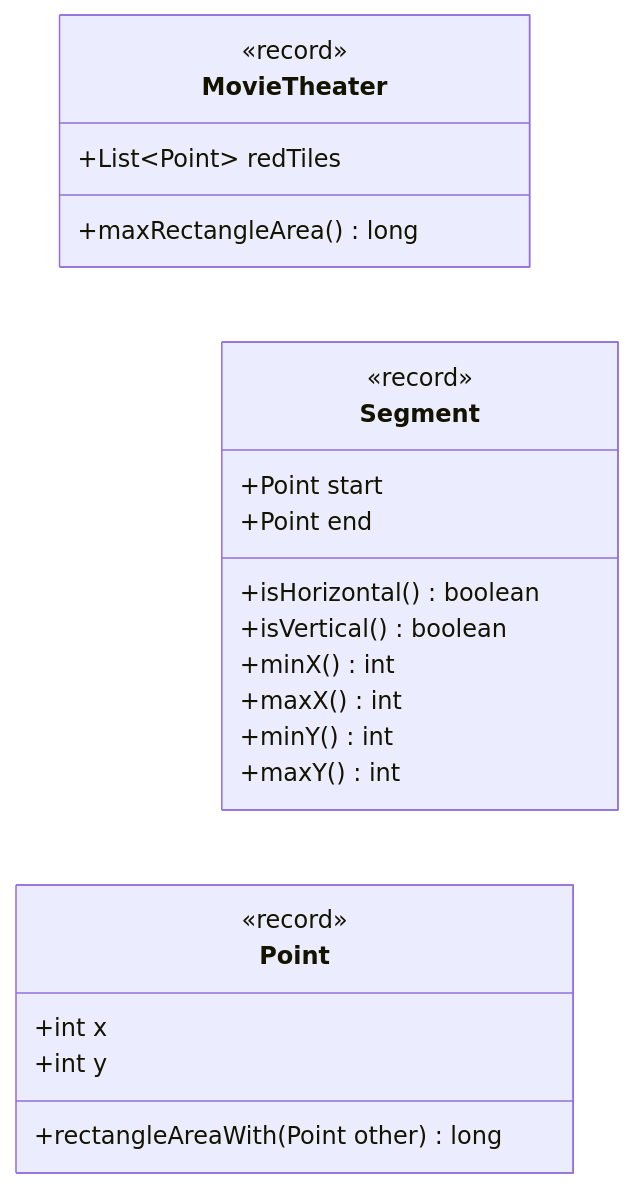
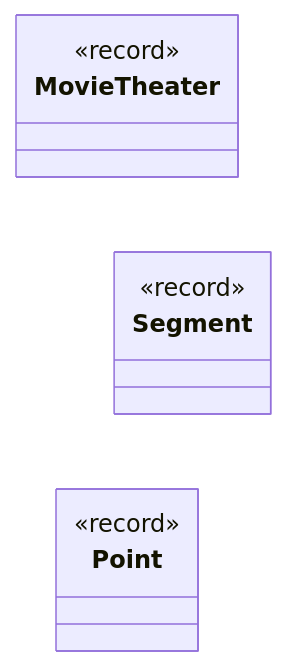
One commit to lauraheerrera/aoc2025 changed the diagram in UML diagrams/uml_day09b.md. Above: the diagram before and after it, drawn with Mermaid. The commit also changed 76 other files, not shown here.

````diff
--- a/UML diagrams/uml_day09b.md
+++ b/UML diagrams/uml_day09b.md
@@ -3,30 +3,17 @@
 ```mermaid
 %%{init: { 'themeVariables': { 'lineColor': '#FFFFFF' } } }%%
 classDiagram
     direction TB
     class MovieTheater {
         <<record>>
-        +List~Point~ redTiles
-        +maxRectangleArea() long
     }
     class Segment {
         <<record>>
-        +Point start
-        +Point end
-        +isHorizontal() boolean
-        +isVertical() boolean
-        +minX() int
-        +maxX() int
-        +minY() int
-        +maxY() int
     }
     class Point {
         <<record>>
-        +int x
-        +int y
-        +rectangleAreaWith(Point other) long
     }
     MovieTheater --> Point
     MovieTheater --> Segment
     Segment --> Point
 ```
````
